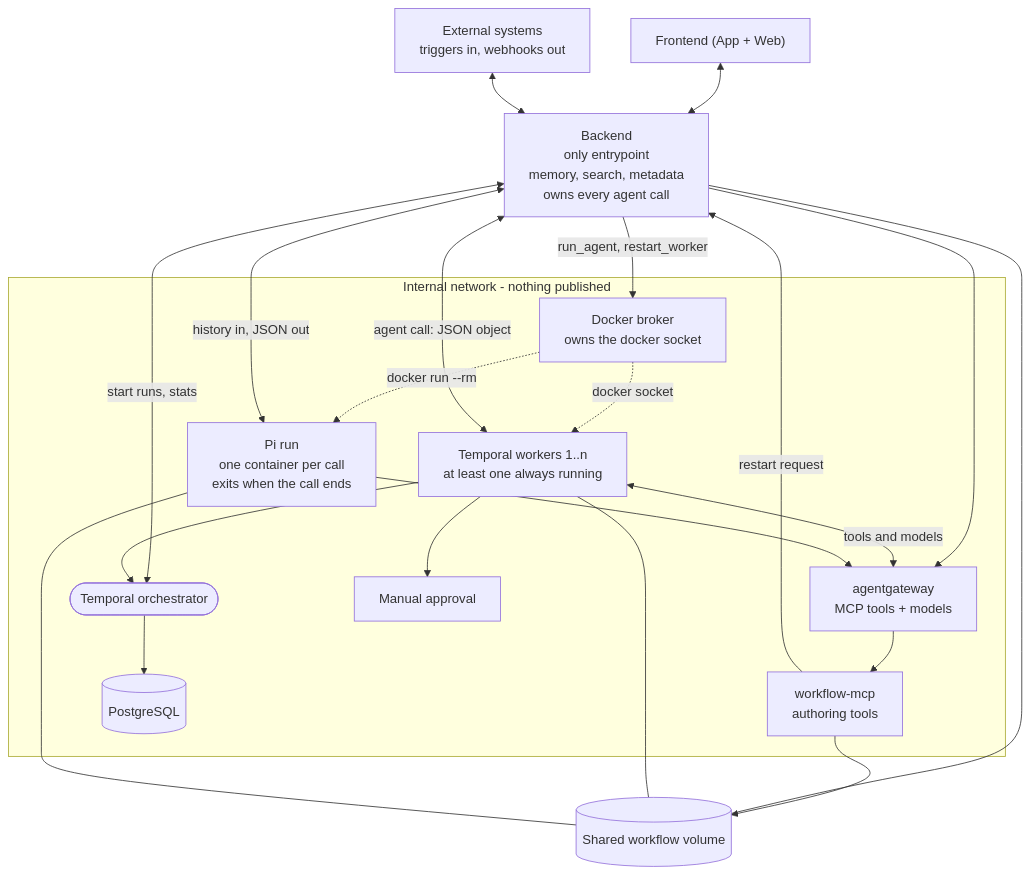
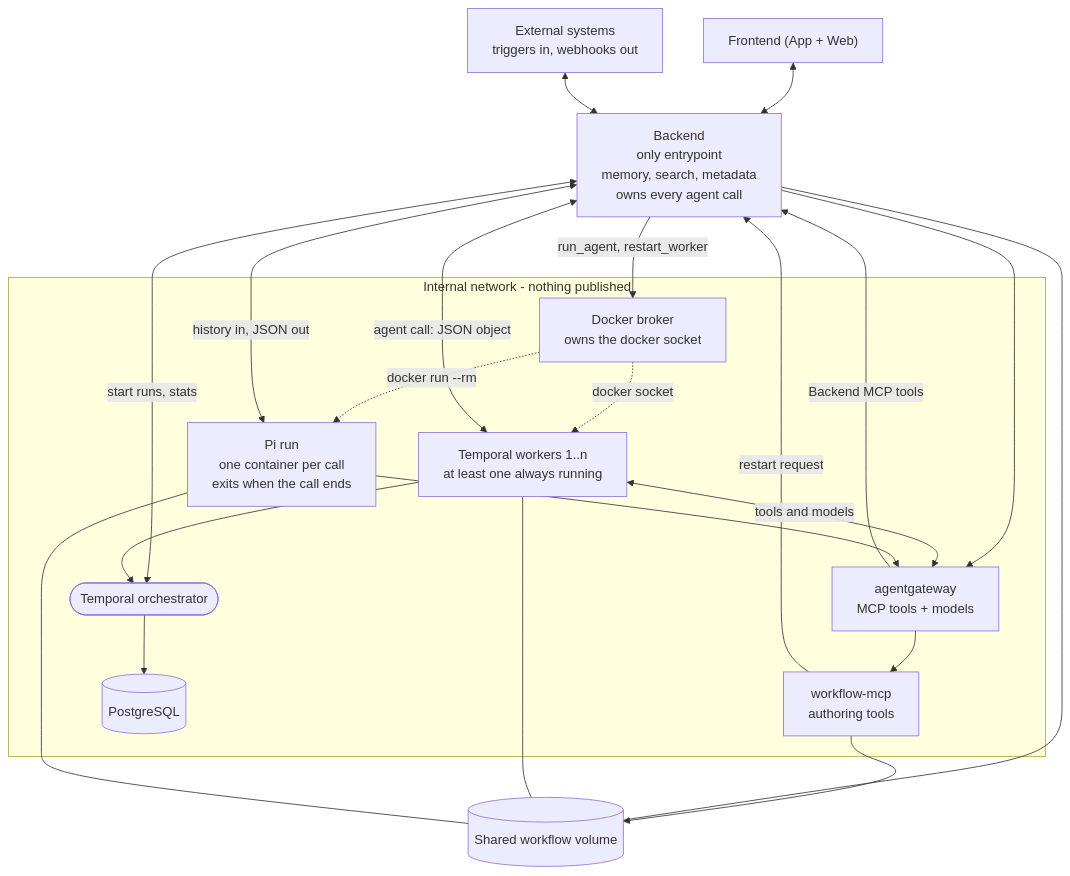
One commit to StromFLIX/nautionette changed the diagram in README.md. Above: the diagram before and after it, drawn with Mermaid. The commit also changed other lines of this file and 29 other files, not shown here.

````diff
--- a/README.md
+++ b/README.md
@@ -19,40 +19,39 @@
 ```mermaid
 flowchart TB
     clients["Frontend (App + Web)"]
     ext["External systems<br/>triggers in, webhooks out"]
     be["Backend<br/>only entrypoint<br/>memory, search, metadata<br/>owns every agent call"]
 
     subgraph net["Internal network - nothing published"]
         broker["Docker broker<br/>owns the docker socket"]
         gw["agentgateway<br/>MCP tools + models"]
         wfmcp["workflow-mcp<br/>authoring tools"]
         orch(["Temporal orchestrator"])
         pg[("PostgreSQL")]
         wk["Temporal workers 1..n<br/>at least one always running"]
-        flags["Manual approval"]
         pi["Pi run<br/>one container per call<br/>exits when the call ends"]
     end
 
     vol[("Shared workflow volume")]
 
     clients <--> be
     ext <--> be
     be --> gw
     be <-->|"start runs, stats"| orch
     be -->|"run_agent, restart_worker"| broker
     broker -.->|"docker run --rm"| pi
     broker -.->|"docker socket"| wk
     be <-->|"history in, JSON out"| pi
     wk <-->|"agent call: JSON object"| be
     wk --> orch
     orch --> pg
     wk <-->|"tools and models"| gw
-    wk --> flags
     pi --> gw
     gw --> wfmcp
+    gw -->|"Backend MCP tools"| be
     wfmcp --> vol
     wfmcp -->|"restart request"| be
     be --- vol
     wk --- vol
     pi --- vol
 ```
````
